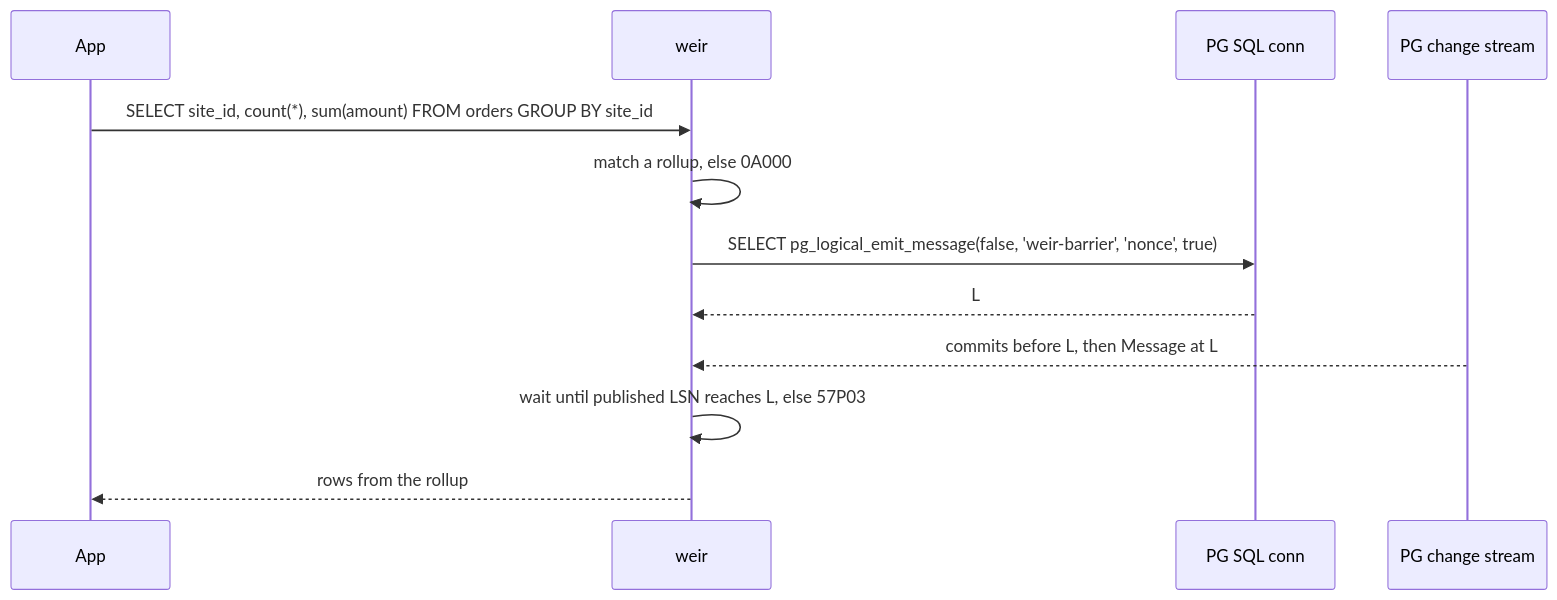
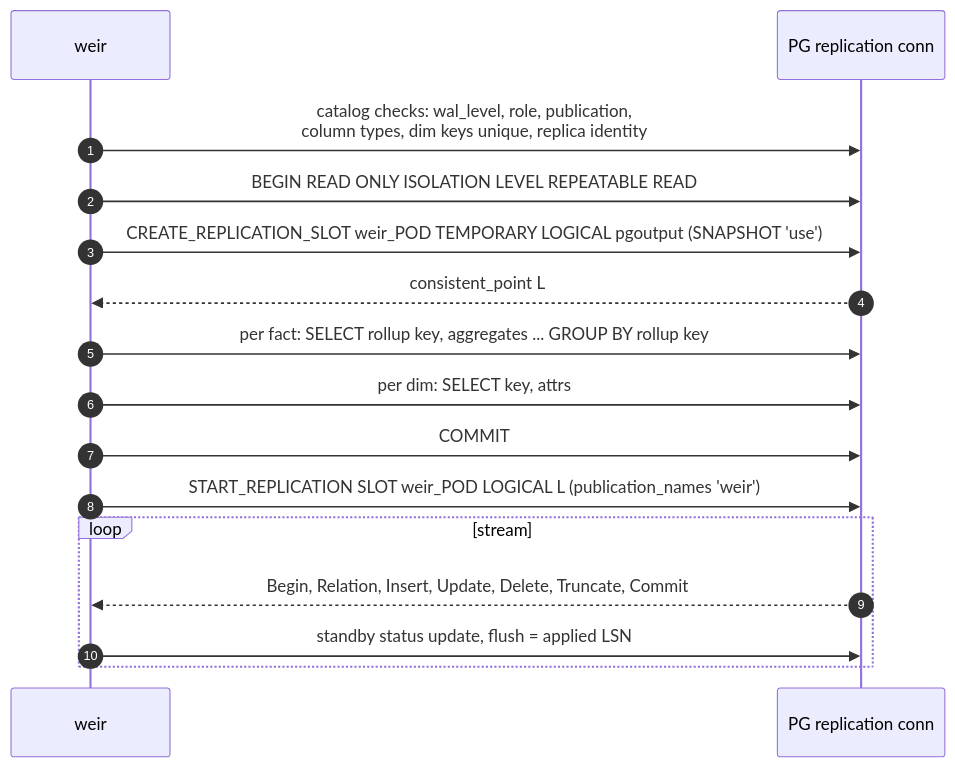
The second of 5 diagrams in research/ARCHITECTURE.md (janbjorge/straum), drawn with Mermaid before and after one commit. The commit also changed other lines of this file and 8 other files, not shown here.

````diff
--- a/research/ARCHITECTURE.md
+++ b/research/ARCHITECTURE.md
@@ -152,14 +159,18 @@
 ```mermaid
 sequenceDiagram
-  participant A as App
+  autonumber
   participant W as weir
-  participant S as PG SQL conn
-  participant R as PG change stream
-  A->>W: SELECT site_id, count(*), sum(amount) FROM orders GROUP BY site_id
-  W->>W: match a rollup, else 0A000
-  W->>S: SELECT pg_logical_emit_message(false, 'weir-barrier', 'nonce', true)
-  S-->>W: L
-  R-->>W: commits before L, then Message at L
-  W->>W: wait until published LSN reaches L, else 57P03
-  W-->>A: rows from the rollup
+  participant R as PG replication conn
+  W->>R: catalog checks: wal_level, role, publication,<br/>column types, dim keys unique, replica identity
+  W->>R: BEGIN READ ONLY ISOLATION LEVEL REPEATABLE READ
+  W->>R: CREATE_REPLICATION_SLOT weir_POD TEMPORARY LOGICAL pgoutput (SNAPSHOT 'use')
+  R-->>W: consistent_point L
+  W->>R: per fact: SELECT rollup key, aggregates ... GROUP BY rollup key
+  W->>R: per dim: SELECT key, attrs
+  W->>R: COMMIT
+  W->>R: START_REPLICATION SLOT weir_POD LOGICAL L (publication_names 'weir')
+  loop stream
+    R-->>W: Begin, Relation, Insert, Update, Delete, Truncate, Commit
+    W->>R: standby status update, flush = applied LSN
+  end
 ```
````
